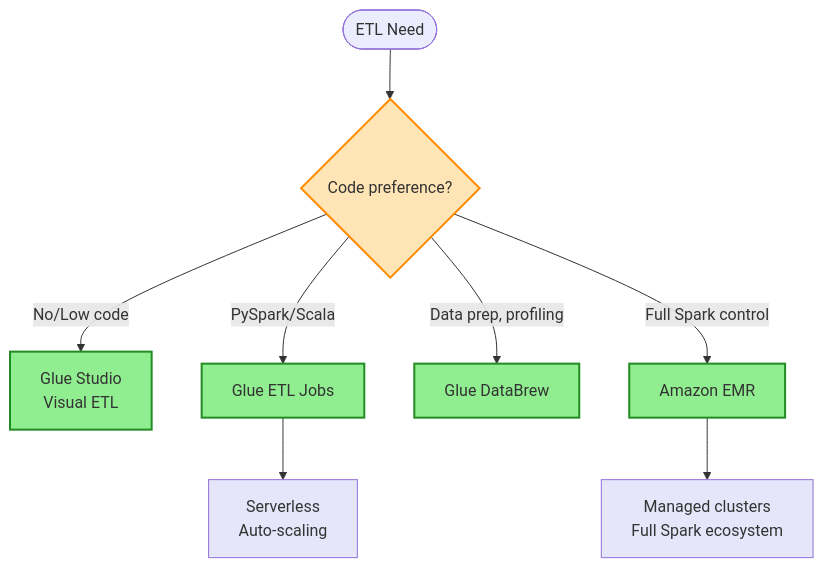
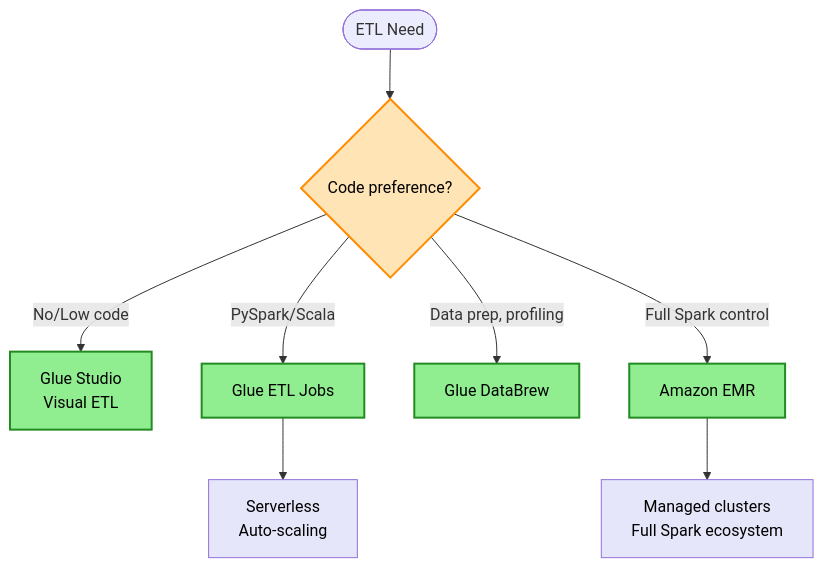
One commit to intelliswarm-ai/aws-architectures changed the third of 3 diagrams in aws-architecture-decisions/diagrams/analytics-decisions.md. Above: the diagram before and after it, drawn with Mermaid. The commit also changed other lines of this file and 13 other files, not shown here.

````diff
--- a/aws-architecture-decisions/diagrams/analytics-decisions.md
+++ b/aws-architecture-decisions/diagrams/analytics-decisions.md
@@ -65,21 +65,21 @@
 ```mermaid
 flowchart TD
     Start([ETL Need]) --> Q1{Code preference?}
 
     Q1 -->|No/Low code| GLUE_STUDIO[Glue Studio<br/>Visual ETL]
     Q1 -->|PySpark/Scala| GLUE_ETL[Glue ETL Jobs]
     Q1 -->|Data prep, profiling| DATABREW[Glue DataBrew]
     Q1 -->|Full Spark control| EMR[Amazon EMR]
 
     GLUE_ETL --> SERVERLESS[Serverless<br/>Auto-scaling]
     EMR --> MANAGED[Managed clusters<br/>Full Spark ecosystem]
 
     %% Styling
-    classDef service fill:#90EE90,stroke:#228B22,stroke-width:2px
-    classDef feature fill:#E6E6FA,stroke:#9370DB,stroke-width:1px
-    classDef question fill:#FFE4B5,stroke:#FF8C00,stroke-width:2px
+    classDef service fill:#90EE90,stroke:#228B22,stroke-width:2px,color:#000000
+    classDef feature fill:#E6E6FA,stroke:#9370DB,stroke-width:1px,color:#000000
+    classDef question fill:#FFE4B5,stroke:#FF8C00,stroke-width:2px,color:#000000
 
     class Q1 question
     class GLUE_STUDIO,GLUE_ETL,DATABREW,EMR service
     class SERVERLESS,MANAGED feature
 ```
````
